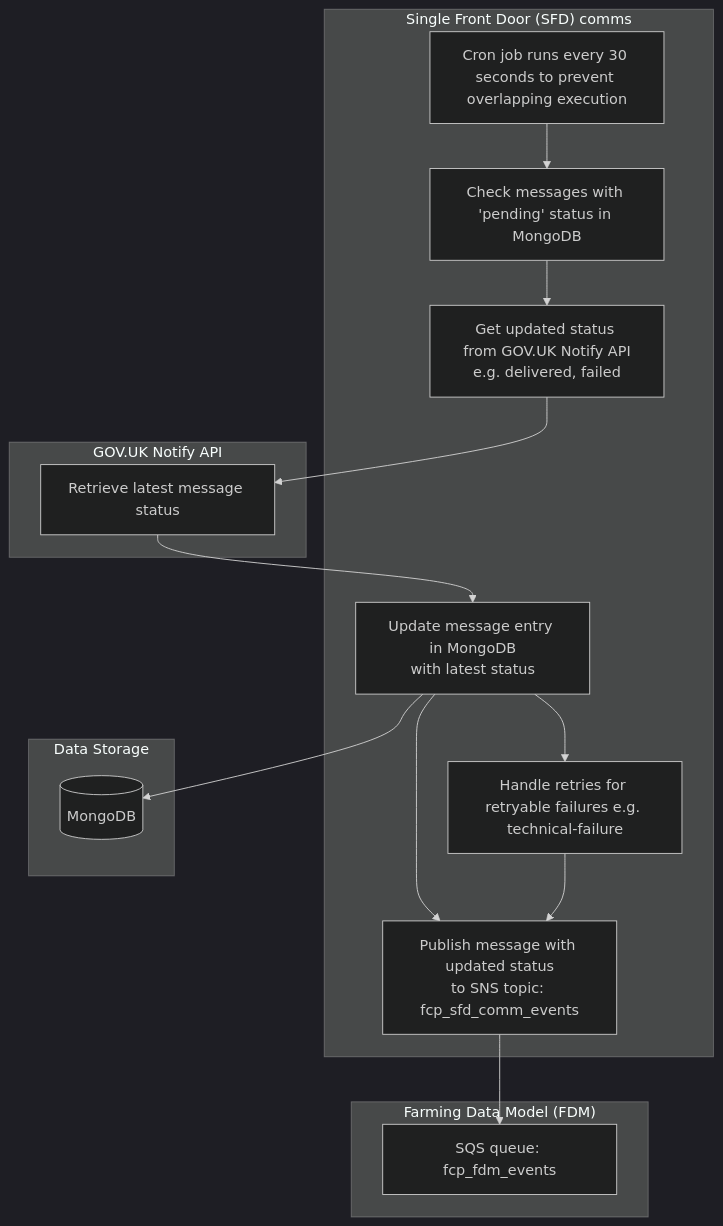
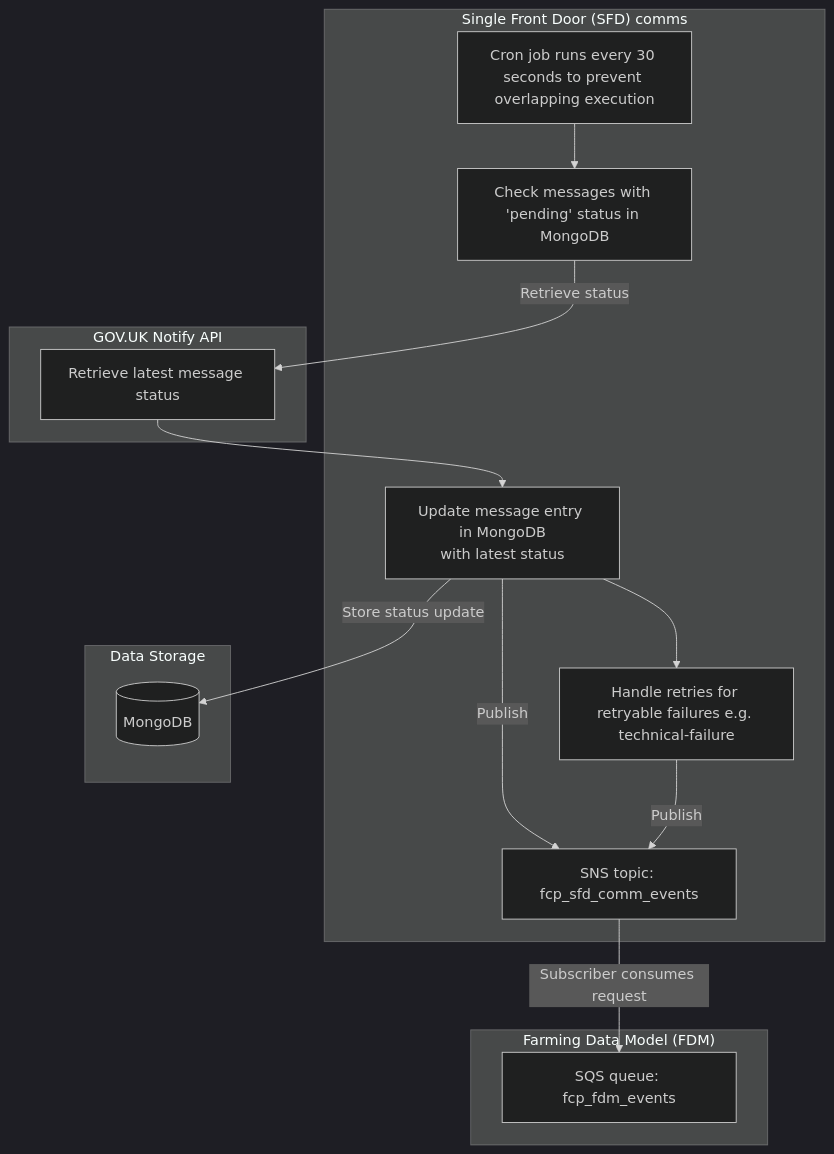
One commit to DEFRA/fcp-sfd-comms changed the second of 2 diagrams in README.md. Above: the diagram before and after it, drawn with Mermaid (dark theme).

Commit message:
add tweaks

````diff
--- a/README.md
+++ b/README.md
@@ -62,33 +62,31 @@
 ```mermaid
 graph
     subgraph "Single Front Door (SFD) comms"
         CRON[Cron job runs every 30 seconds to prevent overlapping execution]
         CHECK_DB[Check messages with 'pending' status in MongoDB]
-        CALL_NOTIFY[Get updated status from GOV.UK Notify API<br>e.g. delivered, failed]
         UPDATE_DB[Update message entry in MongoDB<br>with latest status]
-        PUBLISH_SNS[Publish message with updated status<br>to SNS topic: fcp_sfd_comm_events]
         RETRY[Handle retries for retryable failures e.g. technical-failure]
+        PUBLISH_SNS[SNS topic: fcp_sfd_comm_events]
     end
 
     subgraph "GOV.UK Notify API"
         NOTIFY_STATUS[Retrieve latest message status]
     end
 
     subgraph "Data Storage"
         MONGO[(MongoDB)]
     end
 
     subgraph "Farming Data Model (FDM)"
         SQS[SQS queue: fcp_fdm_events]
     end
 
     CRON --> CHECK_DB
-    CHECK_DB --> CALL_NOTIFY
-    CALL_NOTIFY --> NOTIFY_STATUS
+    CHECK_DB -->|Retrieve status| NOTIFY_STATUS
     NOTIFY_STATUS --> UPDATE_DB
-    UPDATE_DB --> MONGO
-    UPDATE_DB --> PUBLISH_SNS
-    PUBLISH_SNS --> SQS
+    UPDATE_DB -->|Store status update| MONGO
+    UPDATE_DB -->|Publish| PUBLISH_SNS
+    PUBLISH_SNS -->|Subscriber consumes request| SQS
     UPDATE_DB --> RETRY
-    RETRY --> PUBLISH_SNS
+    RETRY -->|Publish| PUBLISH_SNS
 ```
````
